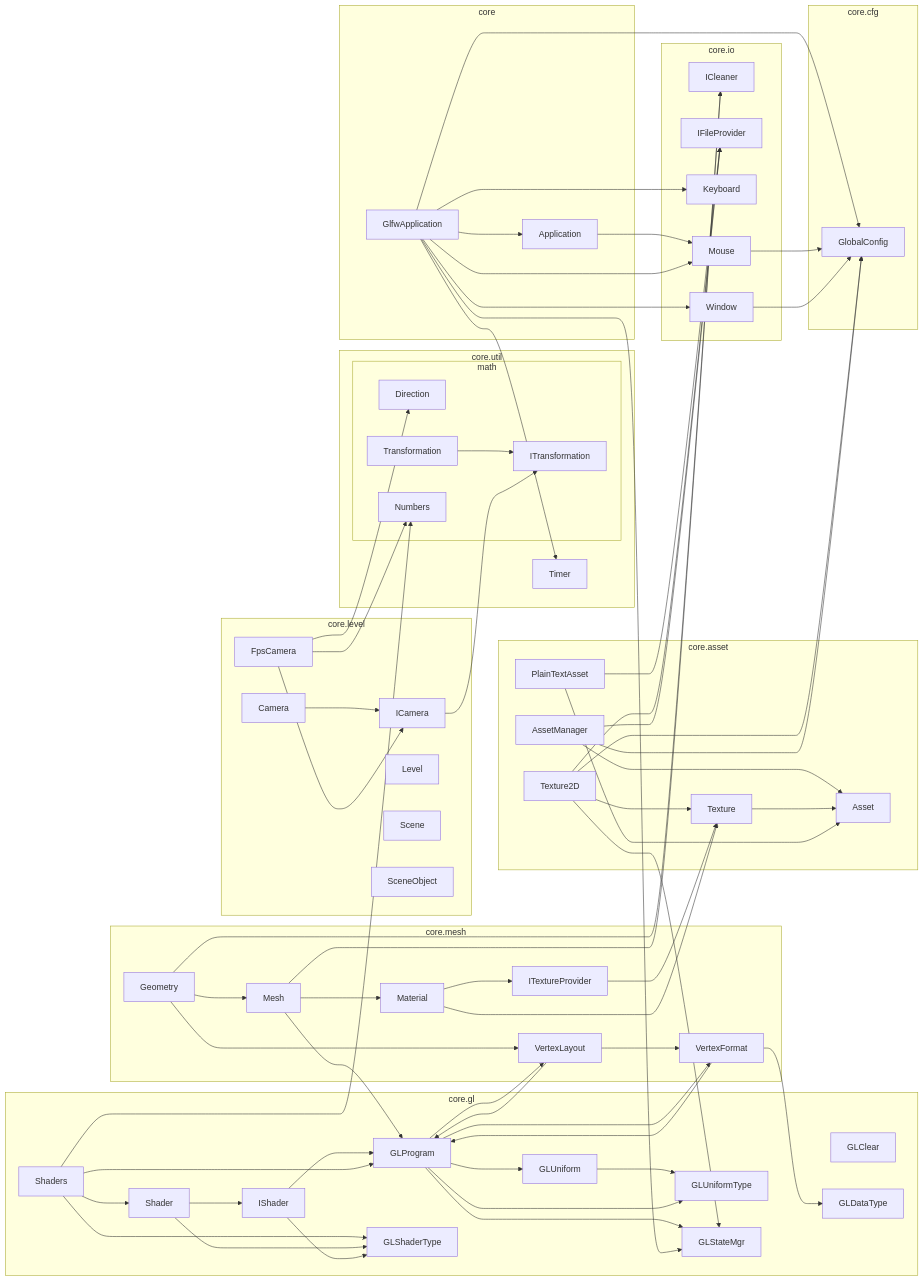
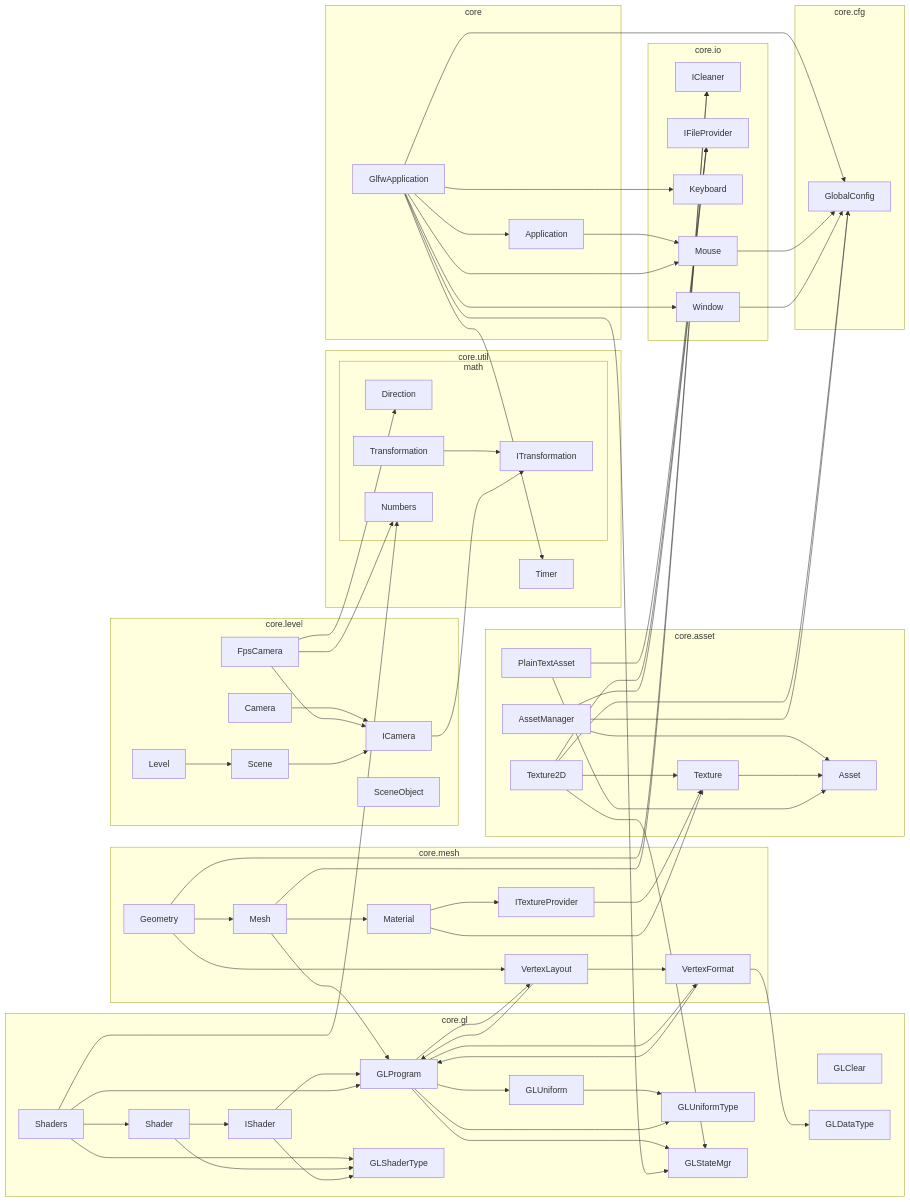
The diagram in README.md (Over-Run/swgl-core), drawn with Mermaid before and after one commit. The commit also changed 23 other files, not shown here.

````diff
--- a/README.md
+++ b/README.md
@@ -25,76 +25,75 @@
 ```mermaid
 graph LR
 subgraph core.asset
     AssetManager-->Asset
     Texture2D-->Texture-->Asset
     PlainTextAsset-->Asset
 end
 subgraph core.cfg
     GlobalConfig
 end
 subgraph core.gl
     GLClear
     GLDataType
     Shaders-->Shader-->IShader-->GLProgram-->GLUniform-->GLUniformType
     Shaders-->GLProgram-->GLUniformType
     Shaders-->GLShaderType
     Shader-->GLShaderType
     IShader-->GLShaderType
     GLProgram-->GLStateMgr
 end
 subgraph core.io
     ICleaner
     IFileProvider
     Keyboard
     Mouse
     Window
 end
 subgraph core.level
     Camera-->ICamera
     FpsCamera-->ICamera
-    Level
-    Scene
+    Level-->Scene-->ICamera
     SceneObject
 end
 subgraph core.util
     Timer
     subgraph math
         Direction
         Transformation-->ITransformation
         Numbers
     end
 end
 subgraph core.mesh
     Geometry-->Mesh-->GLProgram
     Geometry-->VertexLayout-->VertexFormat-->GLDataType
     Geometry-->ICleaner
     Mesh-->ICleaner
     Mesh-->Material-->ITextureProvider
 end
 subgraph core
     ga[GlfwApplication]-->Application
 end
 VertexFormat-->GLProgram-->VertexLayout-->GLProgram
 GLProgram-->VertexFormat
 PlainTextAsset-->IFileProvider
 Texture2D-->GlobalConfig
 Texture2D-->GLStateMgr
 Texture2D-->IFileProvider
 ITextureProvider-->Texture
 Material-->Texture
 Application-->Mouse
 ga-->Mouse
 ga-->Timer
 ga-->GLStateMgr
 ga-->GlobalConfig
 ga-->Keyboard
 ga-->Window
 ICamera-->ITransformation
 FpsCamera-->Direction
 FpsCamera-->Numbers
 AssetManager-->IFileProvider
 AssetManager-->GlobalConfig
 Mouse-->GlobalConfig
 Window-->GlobalConfig
 Shaders-->Numbers
 ```
````
